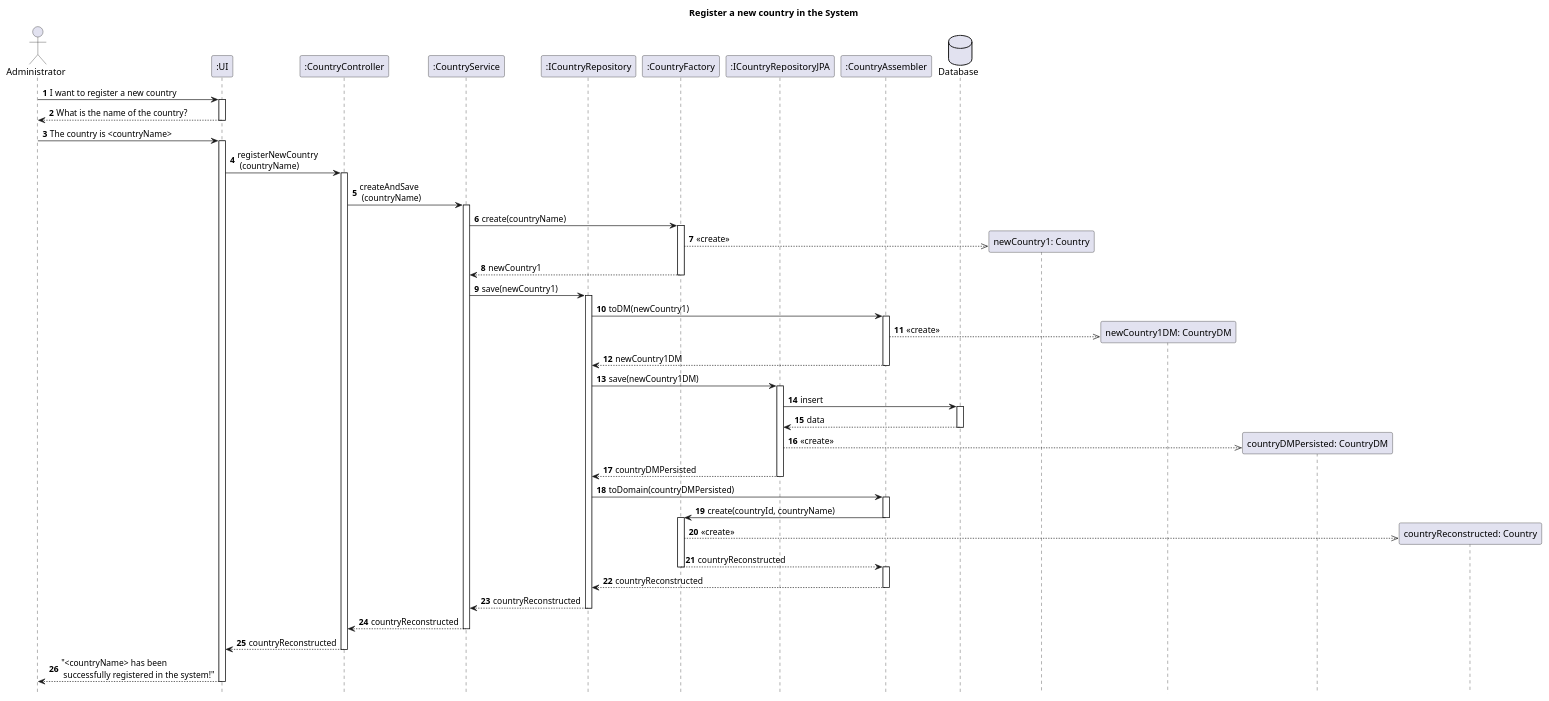
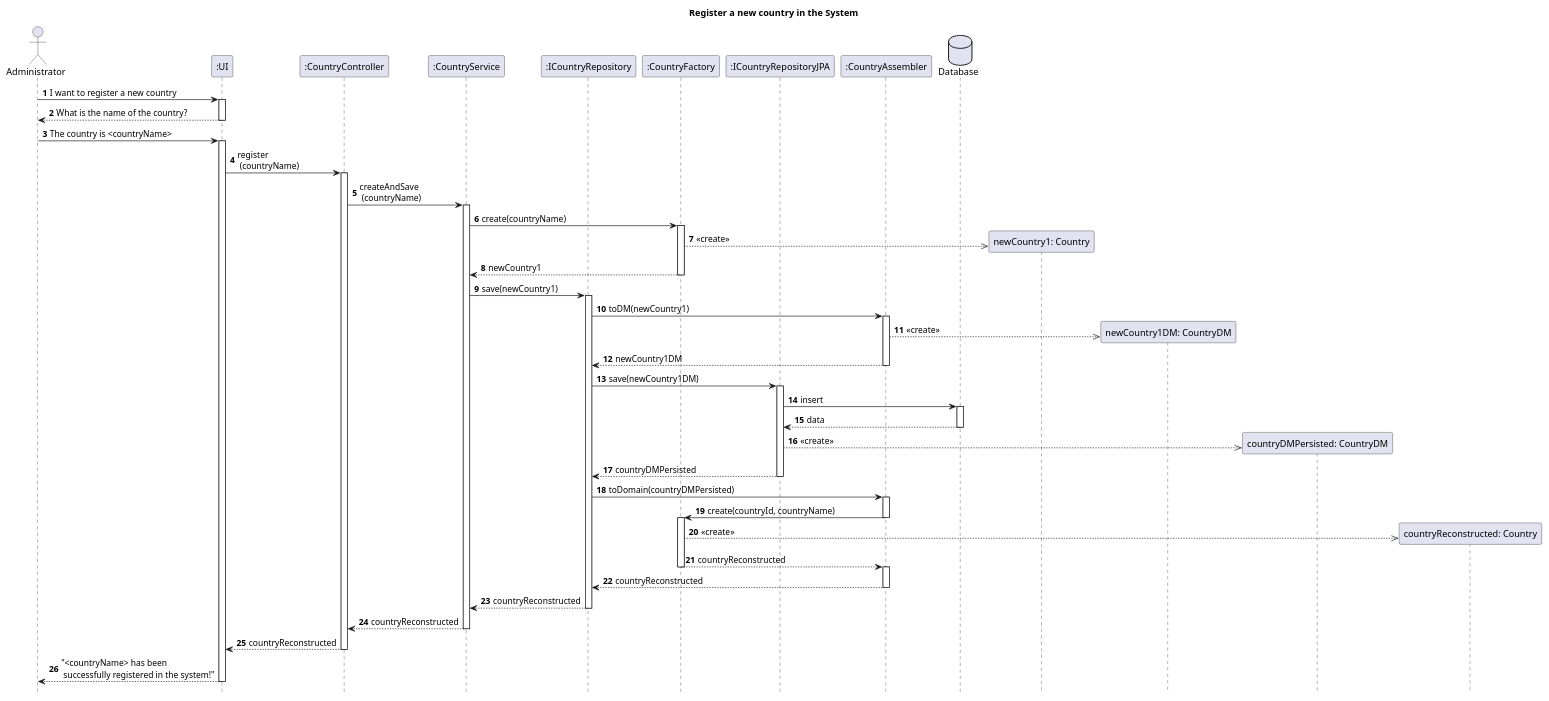
Before and after one commit to AndrePereiraGitH/SWitCH-Project-Team_A: the diagram in Diagrams/SequenceDiagrams/N2/To-register-a-new-country-in-the-system.puml, drawn with PlantUML. The commit also changed 1 other file, not shown here.

```diff
--- a/Diagrams/SequenceDiagrams/N2/To-register-a-new-country-in-the-system.puml
+++ b/Diagrams/SequenceDiagrams/N2/To-register-a-new-country-in-the-system.puml
@@ -1,89 +1,89 @@
 @startuml
 
 footbox off
 
 title Register a new country in the System
 
 
 actor Administrator
 participant ":UI" as UI
 
 autonumber
 
 
 participant ":CountryController" as CountryController
 participant ":CountryService" as CountryService
 participant ":ICountryRepository" as ICountryRepository
 participant ":CountryFactory" as CountryFactory
 participant ":ICountryRepositoryJPA" as JPA
 participant ":CountryAssembler" as Assembler
 database "Database" as DB
 
 
 Administrator -> UI : I want to register a new country
 activate UI
 UI --> Administrator : What is the name of the country?
 deactivate UI
 
 Administrator -> UI : The country is <countryName>
 activate UI
 
-UI -> CountryController : registerNewCountry\n (countryName)
+UI -> CountryController : register\n (countryName)
 activate CountryController
 
 
 CountryController -> CountryService : createAndSave\n (countryName)
 
 activate CountryService
 CountryService -> CountryFactory : create(countryName)
 
 activate CountryFactory
 create participant "newCountry1: Country" as Country
 CountryFactory -->> Country : «create»
 CountryFactory --> CountryService : newCountry1
 deactivate CountryFactory
 
 CountryService -> ICountryRepository : save(newCountry1)
 activate ICountryRepository
 ICountryRepository -> Assembler : toDM(newCountry1)
 activate Assembler
 create participant "newCountry1DM: CountryDM" as CountryDM
 Assembler -->> CountryDM : «create»
 Assembler --> ICountryRepository : newCountry1DM
 
 deactivate Assembler
 ICountryRepository -> JPA : save(newCountry1DM)
 activate JPA
 
 JPA -> DB : insert
 activate DB
 DB --> JPA : data
 deactivate DB
 create participant "countryDMPersisted: CountryDM" as CountryDMPersisted
 JPA -->> CountryDMPersisted : «create»
 JPA --> ICountryRepository : countryDMPersisted
 deactivate JPA
 ICountryRepository -> Assembler : toDomain(countryDMPersisted)
 activate Assembler
 Assembler -> CountryFactory : create(countryId, countryName)
 deactivate Assembler
 create participant "countryReconstructed: Country" as CountryReconstructed
 activate CountryFactory
 CountryFactory -->> CountryReconstructed : «create»
 CountryFactory --> Assembler : countryReconstructed
 deactivate CountryFactory
 activate Assembler
 Assembler --> ICountryRepository : countryReconstructed
 deactivate Assembler
 ICountryRepository --> CountryService : countryReconstructed
 deactivate ICountryRepository
 
 CountryService --> CountryController : countryReconstructed
 deactivate CountryService
 
 CountryController --> UI : countryReconstructed
 deactivate CountryController
 UI --> Administrator : "<countryName> has been\n successfully registered in the system!"
 deactivate UI
 
 @enduml
```
